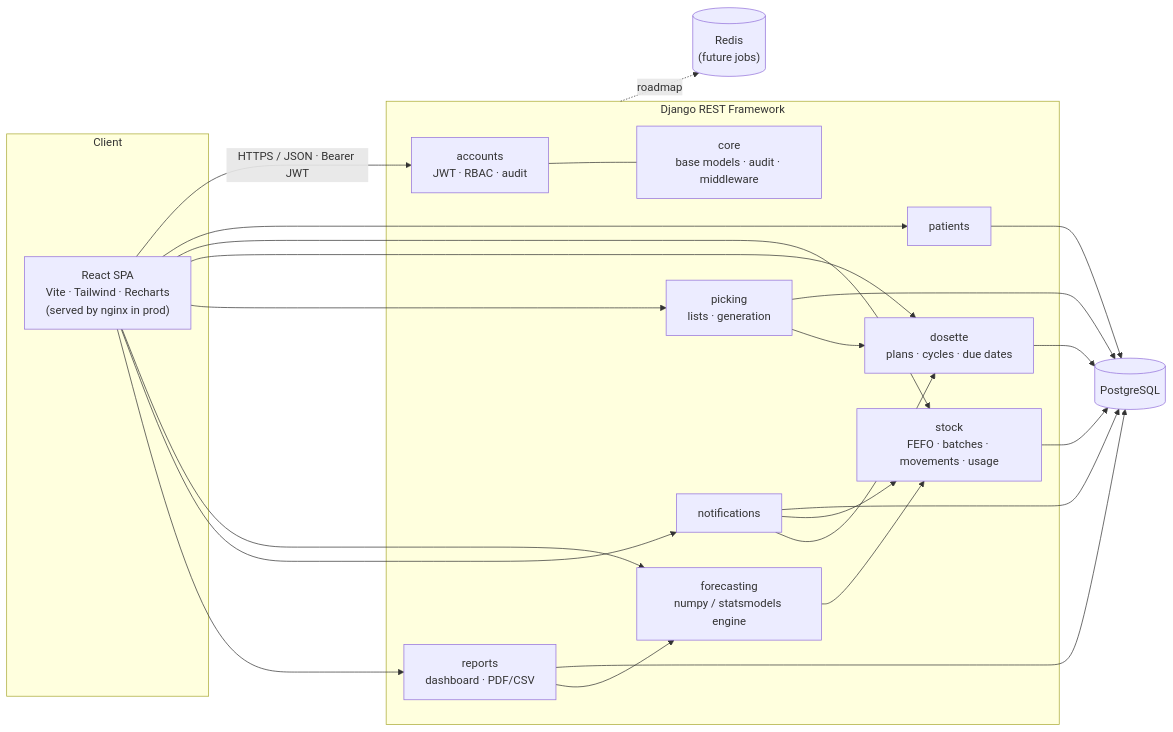
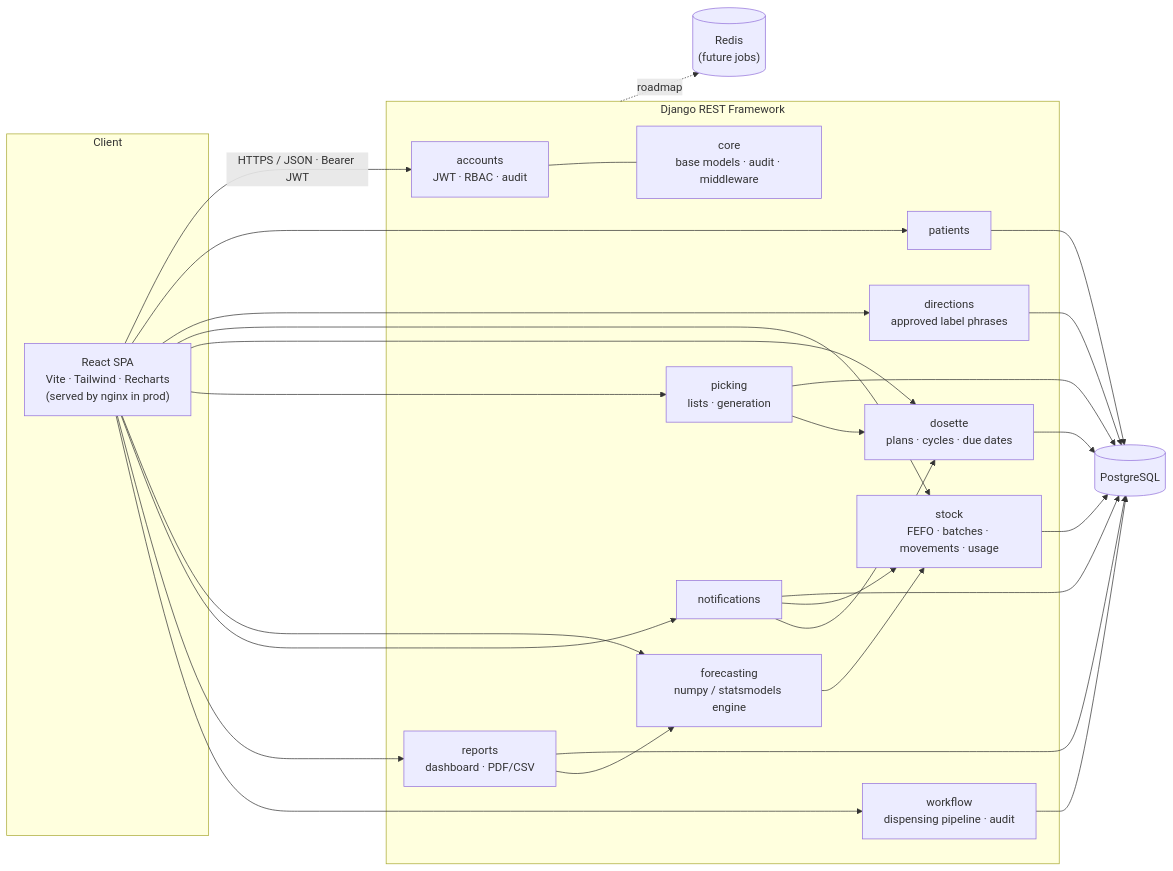
Before and after one commit to alvinsakhiya/Ai-Pharmacy-Manager: the first of 2 diagrams in docs/architecture.md, drawn with Mermaid. The commit also changed other lines of this file and 23 other files, not shown here.

Commit message:
Add screenshot-driven dispensing and trusted directions

````diff
--- a/docs/architecture.md
+++ b/docs/architecture.md
@@ -11,31 +11,33 @@
 ```mermaid
 flowchart LR
     subgraph Client
         SPA["React SPA<br/>Vite · Tailwind · Recharts<br/>(served by nginx in prod)"]
     end
 
     subgraph API["Django REST Framework"]
         AUTH["accounts<br/>JWT · RBAC · audit"]
         CORE["core<br/>base models · audit · middleware"]
         PAT["patients"]
+        DIR["directions<br/>approved label phrases"]
         STK["stock<br/>FEFO · batches · movements · usage"]
         DOS["dosette<br/>plans · cycles · due dates"]
         PCK["picking<br/>lists · generation"]
         FC["forecasting<br/>numpy / statsmodels engine"]
         NOT["notifications"]
         REP["reports<br/>dashboard · PDF/CSV"]
+        WRK["workflow<br/>dispensing pipeline · audit"]
     end
 
     DB[("PostgreSQL")]
     RDS[("Redis<br/>(future jobs)")]
 
     SPA -->|"HTTPS / JSON · Bearer JWT"| AUTH
-    SPA --> PAT & STK & DOS & PCK & FC & NOT & REP
+    SPA --> PAT & DIR & STK & DOS & PCK & FC & NOT & REP & WRK
     AUTH --- CORE
-    PAT & STK & DOS & PCK & NOT & REP --> DB
+    PAT & DIR & STK & DOS & PCK & NOT & REP & WRK --> DB
     FC --> STK
     REP --> FC
     PCK --> DOS
     NOT --> STK & DOS
     API -.->|"roadmap"| RDS
 ```
````
